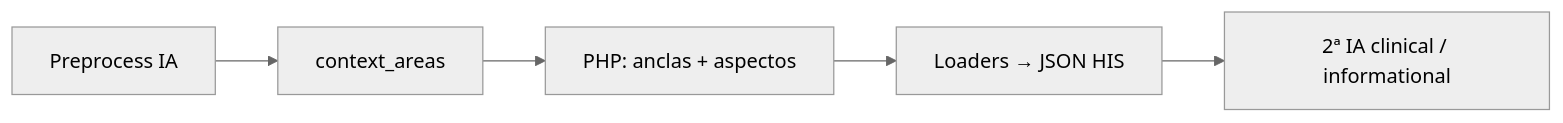
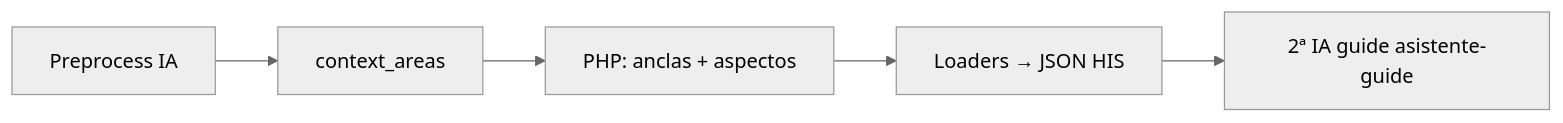
One commit to luischanferoni/bioenlace changed the second of 3 diagrams in web/docs/producto/asistente-y-chat.md. Above: the diagram before and after it, drawn with Mermaid (neutral theme). The commit also changed other lines of this file and 64 other files, not shown here.

````diff
--- a/web/docs/producto/asistente-y-chat.md
+++ b/web/docs/producto/asistente-y-chat.md
@@ -57,9 +57,9 @@
 ```mermaid
 flowchart LR
   P[Preprocess IA]
   A[context_areas]
   R[PHP: anclas + aspectos]
   L[Loaders → JSON HIS]
-  I[2ª IA clinical / informational]
+  I[2ª IA guide asistente-guide]
   P --> A --> R --> L --> I
 ```
````
